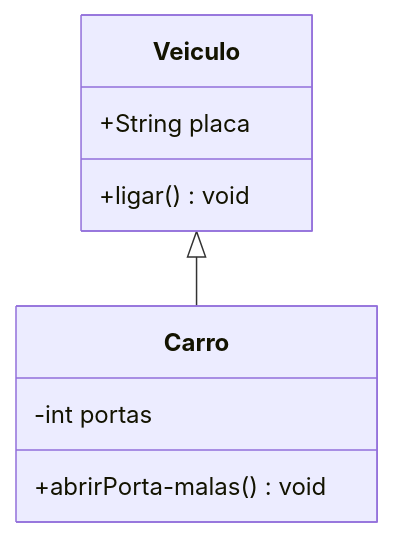
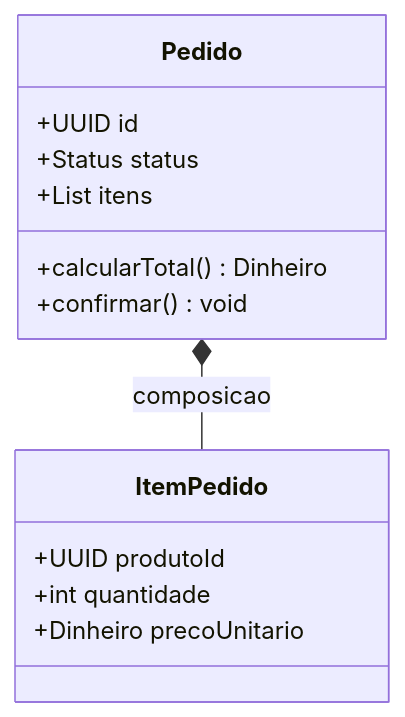
The fourth of 7 diagrams in skills/engineering-practices/documentation-designer/SKILL.md (dandgabr/skills), drawn with Mermaid before and after one commit. The commit also changed other lines of this file and 8 other files, not shown here.

````diff
--- a/skills/engineering-practices/documentation-designer/SKILL.md
+++ b/skills/engineering-practices/documentation-designer/SKILL.md
@@ -111,12 +145,16 @@
 ```mermaid
 classDiagram
-    class Veiculo {
-        +String placa
-        +ligar() void
+    class Pedido {
+        +UUID id
+        +Status status
+        +List itens
+        +calcularTotal() Dinheiro
+        +confirmar() void
     }
-    class Carro {
-        -int portas
-        +abrirPorta-malas() void
+    class ItemPedido {
+        +UUID produtoId
+        +int quantidade
+        +Dinheiro precoUnitario
     }
-    Veiculo <|-- Carro
+    Pedido *-- ItemPedido : composicao
 ```
````
